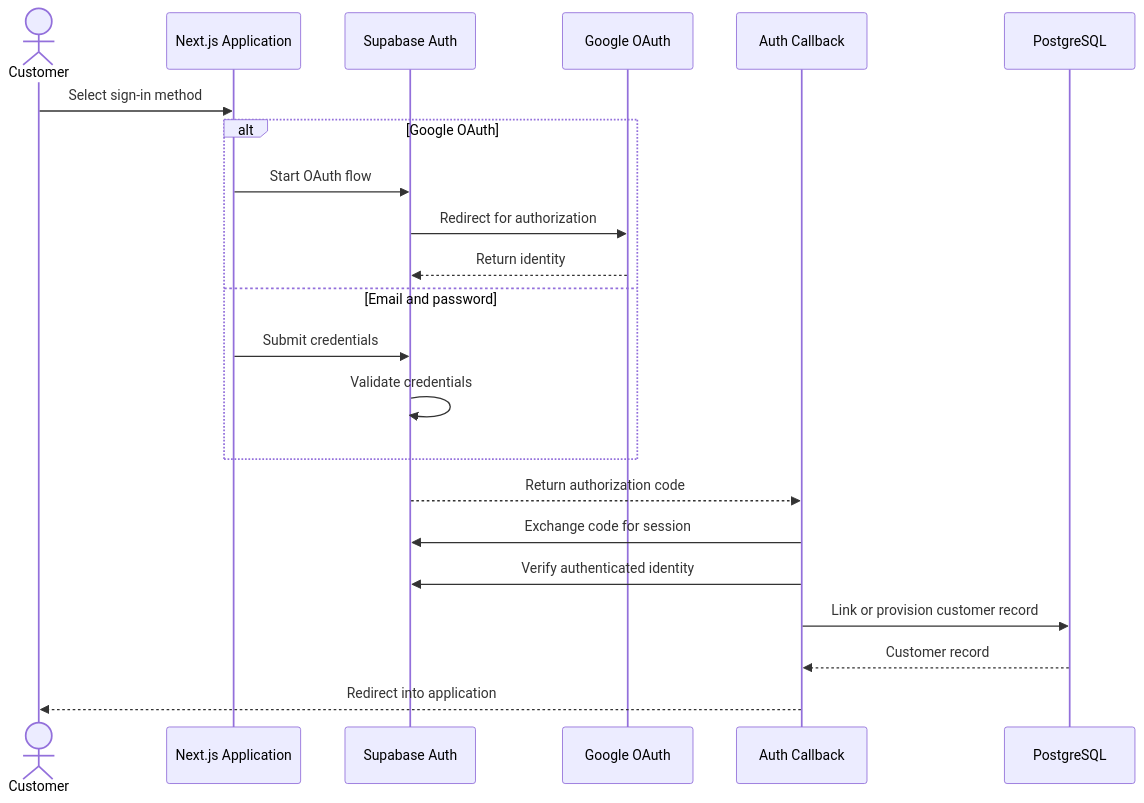
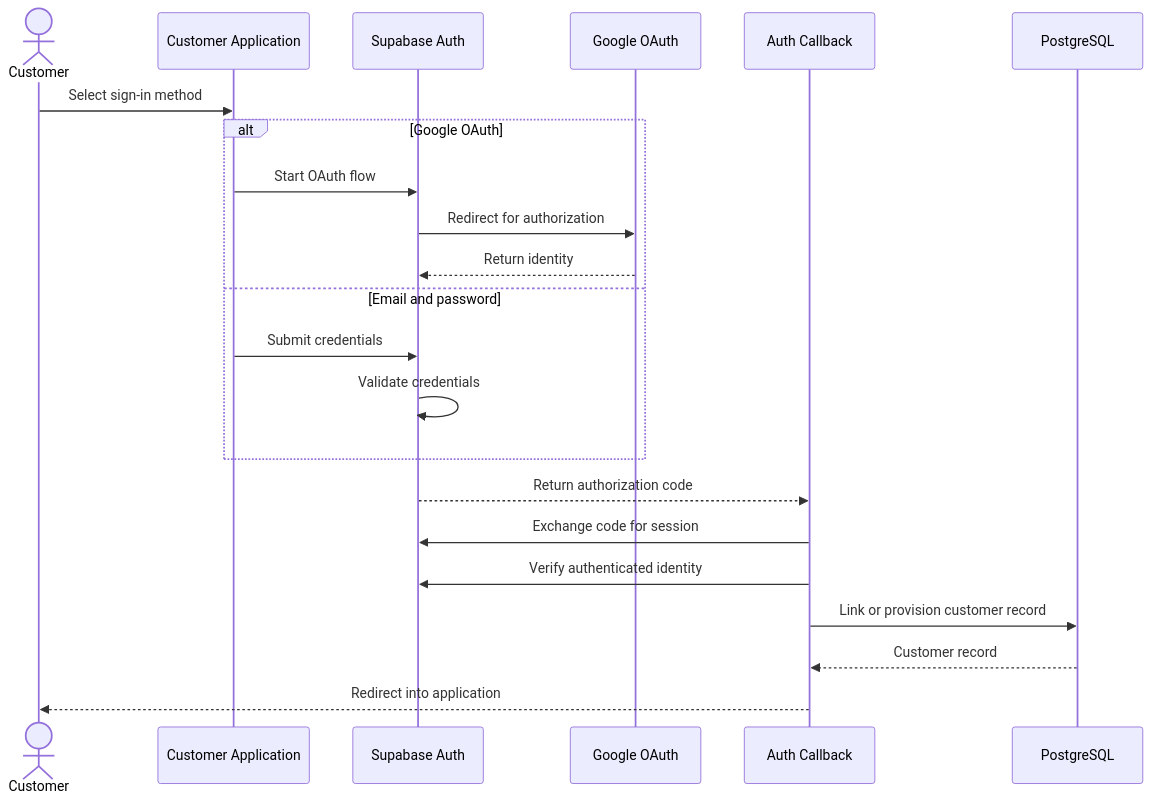
One commit to ashwin8223/tasty-treat-website changed the fourth of 9 diagrams in README.md. Above: the diagram before and after it, drawn with Mermaid. The commit also changed other lines of this file and 1 other file, not shown here.

````diff
--- a/README.md
+++ b/README.md
@@ -144,27 +395,27 @@
 ```mermaid
 sequenceDiagram
     actor Customer
-    participant App as Next.js Application
+    participant App as Customer Application
     participant Auth as Supabase Auth
     participant Google as Google OAuth
     participant Callback as Auth Callback
     participant DB as PostgreSQL
 
     Customer->>App: Select sign-in method
 
     alt Google OAuth
         App->>Auth: Start OAuth flow
         Auth->>Google: Redirect for authorization
         Google-->>Auth: Return identity
     else Email and password
         App->>Auth: Submit credentials
         Auth->>Auth: Validate credentials
     end
 
     Auth-->>Callback: Return authorization code
     Callback->>Auth: Exchange code for session
     Callback->>Auth: Verify authenticated identity
     Callback->>DB: Link or provision customer record
     DB-->>Callback: Customer record
     Callback-->>Customer: Redirect into application
 ```
````
